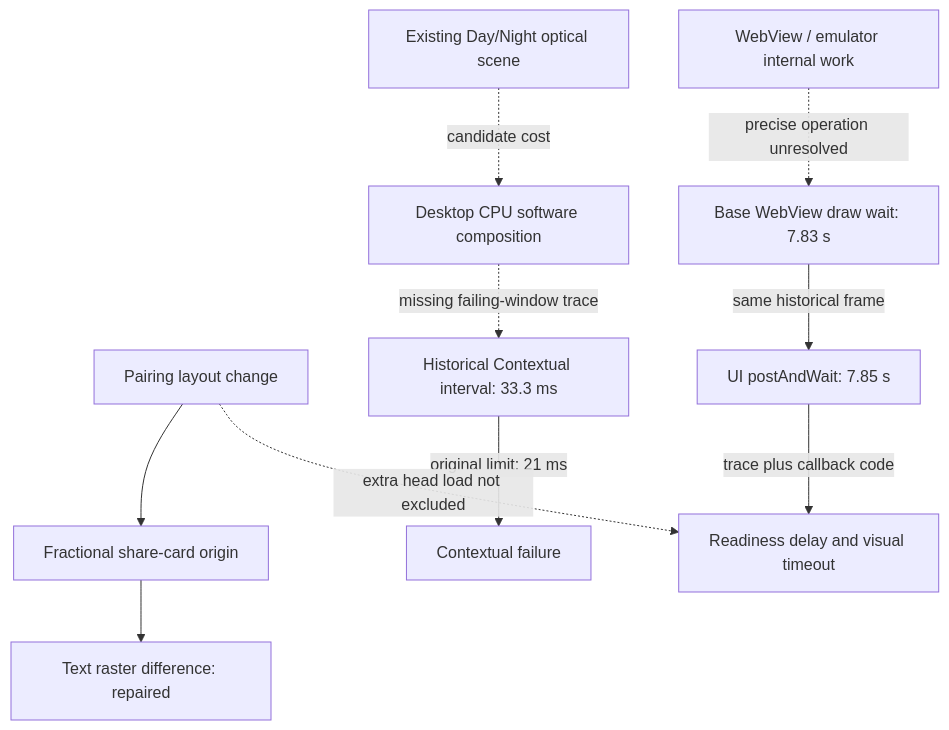
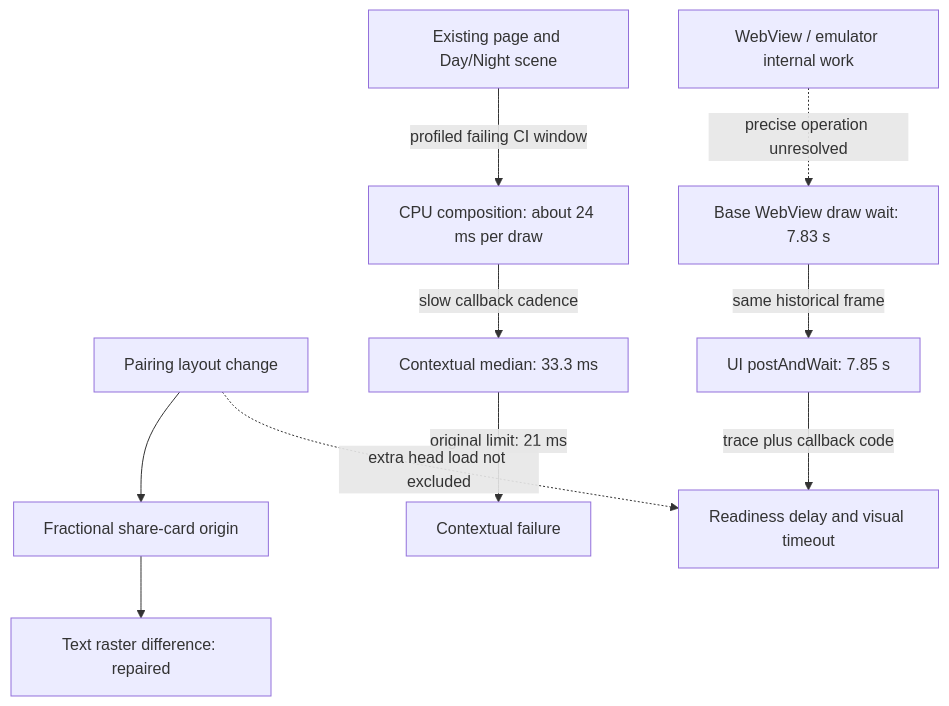
One commit to safal207/robys-coffee-house-demo changed the diagram in docs/qa/pr342-causal-graph-2026-09-07.md. Above: the diagram before and after it, drawn with Mermaid. The commit also changed other lines of this file and 2 other files, not shown here.

Commit message:
docs(qa): confirm contextual software-compositor bottleneck in failing CI

````diff
--- a/docs/qa/pr342-causal-graph-2026-09-07.md
+++ b/docs/qa/pr342-causal-graph-2026-09-07.md
@@ -16,12 +16,12 @@
 ```mermaid
 flowchart TD
   P["Pairing layout change"] --> O["Fractional share-card origin"]
   O --> V["Text raster difference: repaired"]
-  E["Existing Day/Night optical scene"] -.->|"candidate cost"| S["Desktop CPU software composition"]
-  S -.->|"missing failing-window trace"| C["Historical Contextual interval: 33.3 ms"]
+  E["Existing page and Day/Night scene"] -->|"profiled failing CI window"| S["CPU composition: about 24 ms per draw"]
+  S -->|"slow callback cadence"| C["Contextual median: 33.3 ms"]
   C -->|"original limit: 21 ms"| F["Contextual failure"]
   G["WebView / emulator internal work"] -.->|"precise operation unresolved"| D["Base WebView draw wait: 7.83 s"]
   D -->|"same historical frame"| U["UI postAndWait: 7.85 s"]
   U -->|"trace plus callback code"| A["Readiness delay and visual timeout"]
   P -.->|"extra head load not excluded"| A
 ```
````
